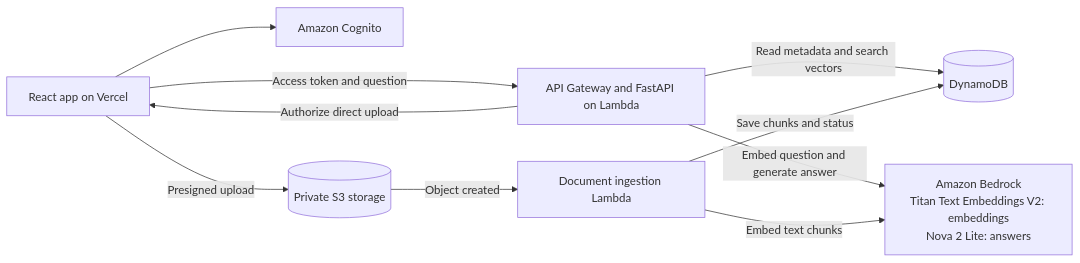
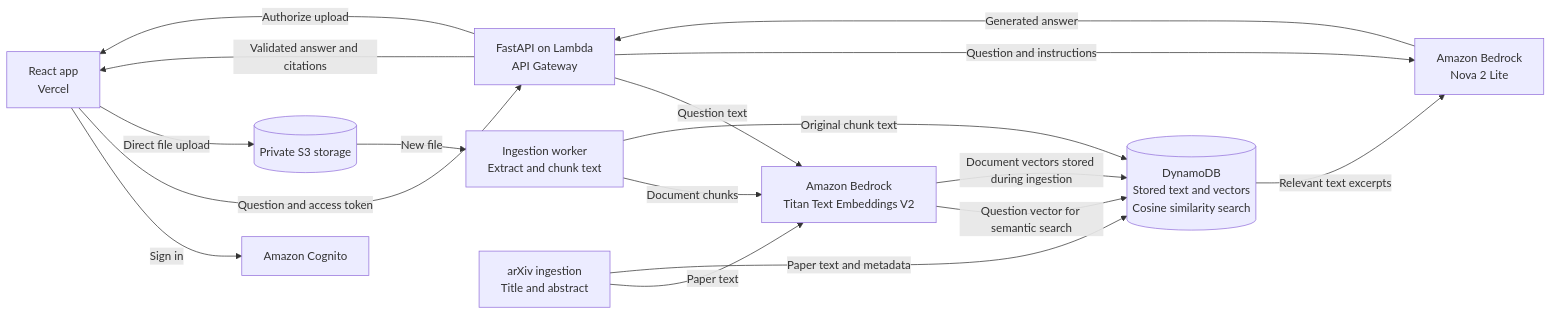
Before and after one commit to sldude/research-agent: the diagram in README.md, drawn with Mermaid. The commit also changed other lines of this file, not shown here.

````diff
--- a/README.md
+++ b/README.md
@@ -34,12 +34,21 @@
 ```mermaid
+%%{init: {"flowchart": {"useMaxWidth": true, "nodeSpacing": 45, "rankSpacing": 65}, "themeVariables": {"fontSize": "16px"}}}%%
 flowchart LR
-    UI[React app on Vercel] --> Auth[Amazon Cognito]
-    UI -->|Access token and question| API[API Gateway and FastAPI on Lambda]
-    API -->|Read metadata and search vectors| DB[(DynamoDB)]
-    API -->|Embed question and generate answer| AI["Amazon Bedrock<br/>Titan Text Embeddings V2: embeddings<br/>Nova 2 Lite: answers"]
-    API -->|Authorize direct upload| UI
-    UI -->|Presigned upload| S3[(Private S3 storage)]
-    S3 -->|Object created| Worker[Document ingestion Lambda]
-    Worker -->|Embed text chunks| AI
-    Worker -->|Save chunks and status| DB
+    UI["React app<br/>Vercel"] -->|Sign in| Auth[Amazon Cognito]
+    UI -->|Question and access token| API["FastAPI on Lambda<br/>API Gateway"]
+    API -->|Question text| Titan["Amazon Bedrock<br/>Titan Text Embeddings V2"]
+    Titan -->|Question vector for semantic search| DB[("DynamoDB<br/>Stored text and vectors<br/>Cosine similarity search")]
+    DB -->|Relevant text excerpts| Nova["Amazon Bedrock<br/>Nova 2 Lite"]
+    API -->|Question and instructions| Nova
+    Nova -->|Generated answer| API
+    API -->|Validated answer and citations| UI
+
+    API -->|Authorize upload| UI
+    UI -->|Direct file upload| S3[(Private S3 storage)]
+    S3 -->|New file| Worker["Ingestion worker<br/>Extract and chunk text"]
+    Worker -->|Document chunks| Titan
+    Arxiv["arXiv ingestion<br/>Title and abstract"] -->|Paper text| Titan
+    Titan -->|Document vectors stored during ingestion| DB
+    Worker -->|Original chunk text| DB
+    Arxiv -->|Paper text and metadata| DB
 ```
````
